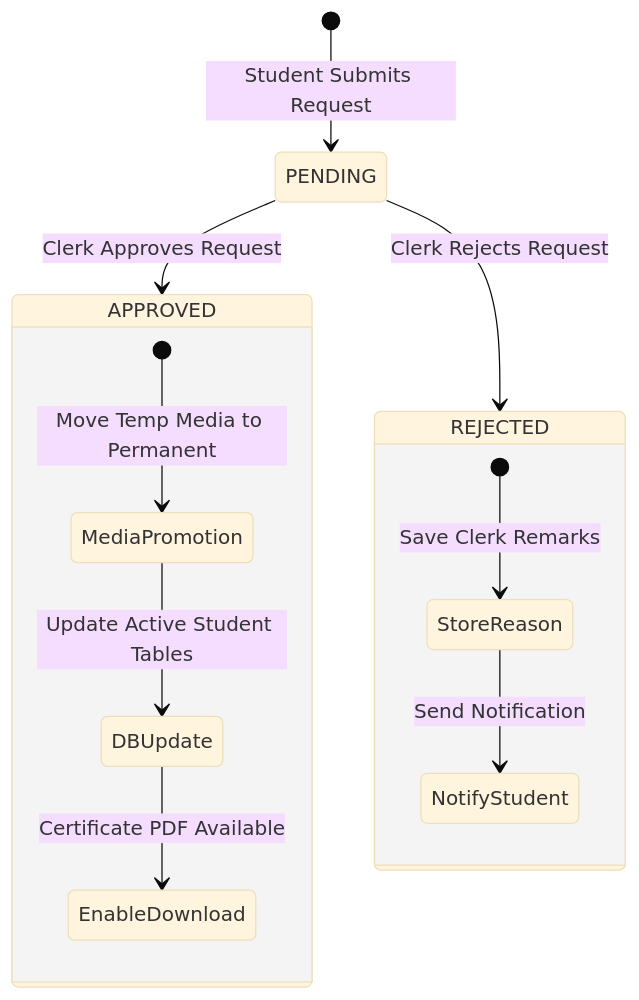
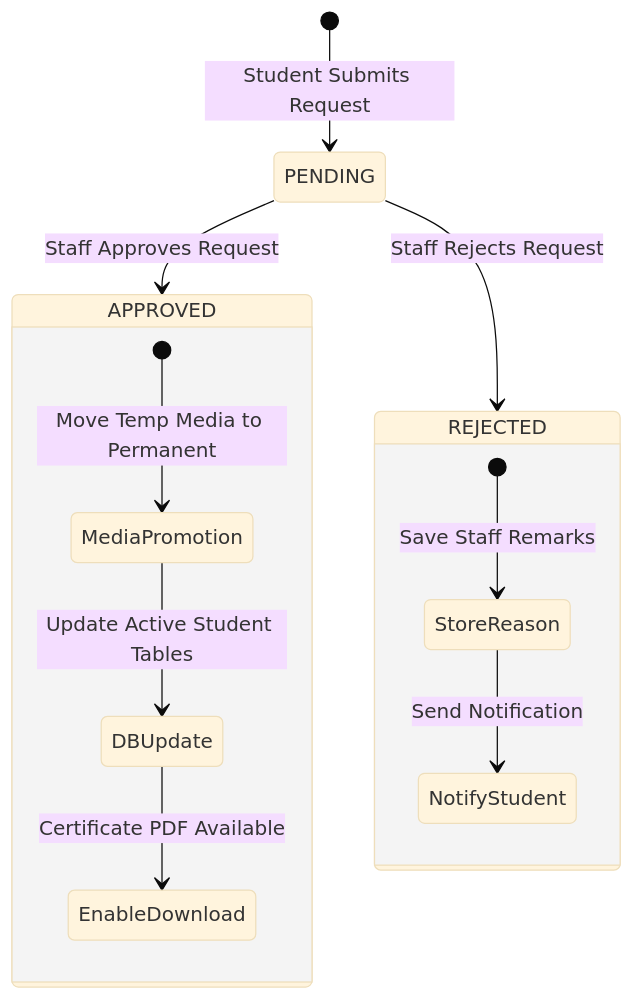
The second of 2 diagrams in DOCUMENTATION/features/requests.md (GouthamA15/KUCET_College_Management_System), drawn with Mermaid (base theme) before and after one commit. The commit also changed other lines of this file and 21 other files, not shown here.

````diff
--- a/DOCUMENTATION/features/requests.md
+++ b/DOCUMENTATION/features/requests.md
@@ -84,17 +84,17 @@
 ```mermaid
 stateDiagram-v2
     [*] --> PENDING : Student Submits Request
-    PENDING --> APPROVED : Clerk Approves Request
-    PENDING --> REJECTED : Clerk Rejects Request
+    PENDING --> APPROVED : Staff Approves Request
+    PENDING --> REJECTED : Staff Rejects Request
     
     state APPROVED {
         [*] --> MediaPromotion : Move Temp Media to Permanent
         MediaPromotion --> DBUpdate : Update Active Student Tables
         DBUpdate --> EnableDownload : Certificate PDF Available
     }
     
     state REJECTED {
-        [*] --> StoreReason : Save Clerk Remarks
+        [*] --> StoreReason : Save Staff Remarks
         StoreReason --> NotifyStudent : Send Notification
     }
 ```
````
